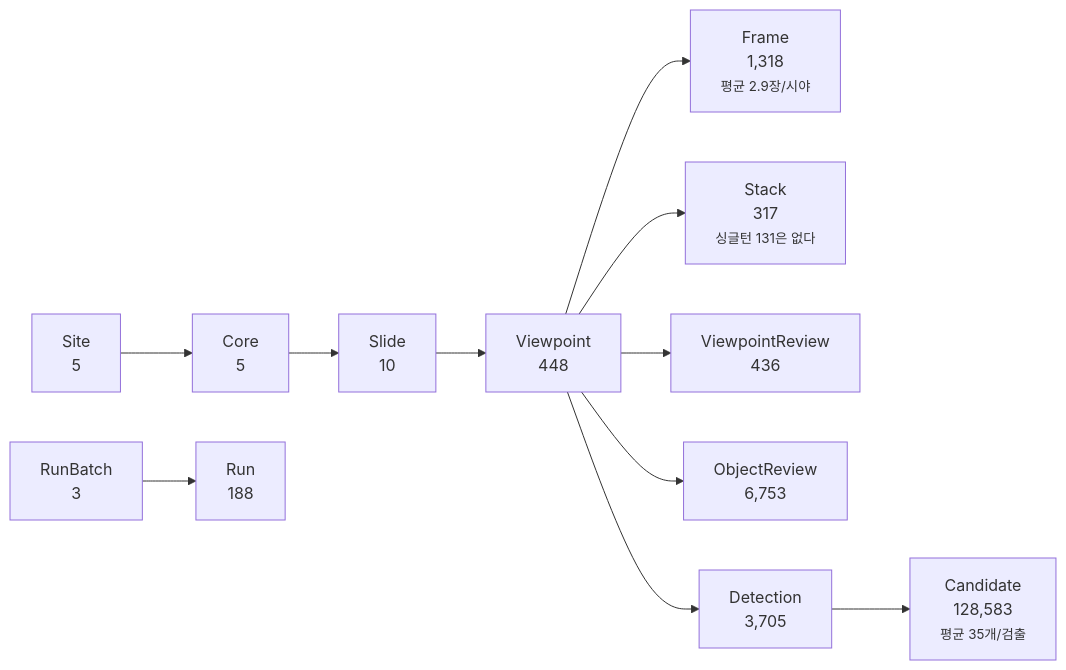
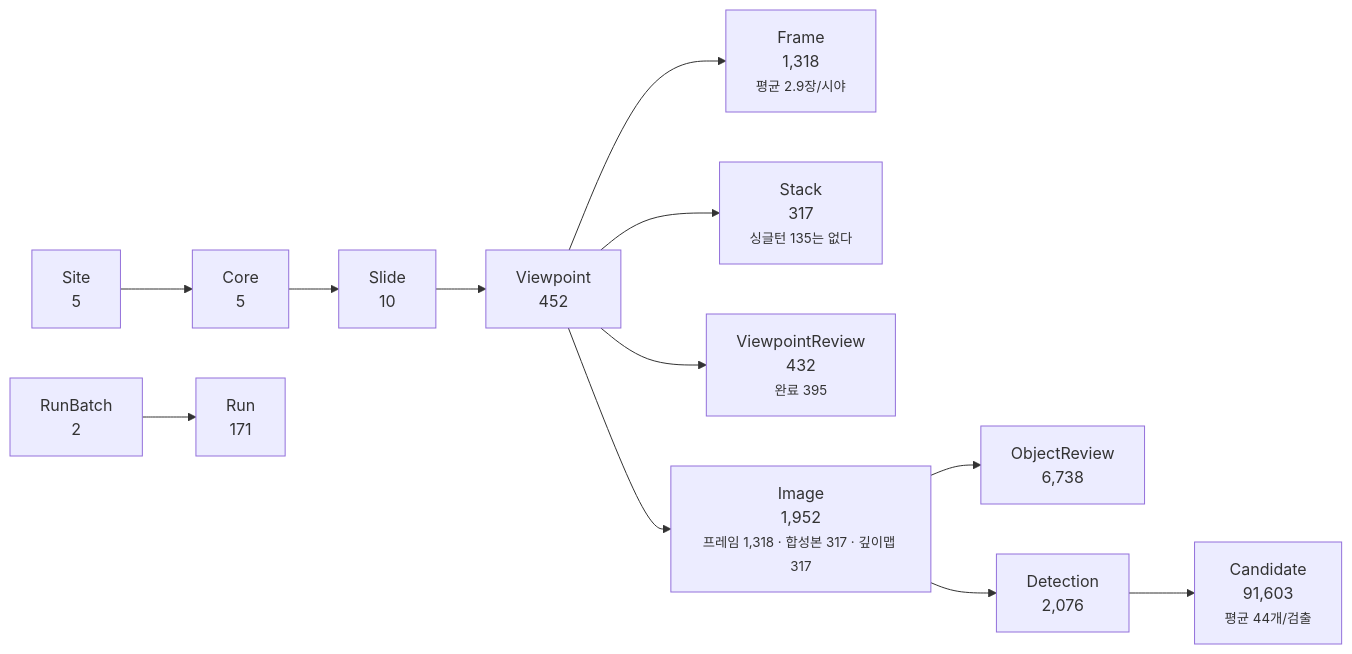
Before and after one commit to jikhanjung/DiaRUGA: the fifth of 5 diagrams in docs/20260804_db-erd.md, drawn with Mermaid. The commit also changed other lines of this file and 23 other files, not shown here.

````diff
--- a/docs/20260804_db-erd.md
+++ b/docs/20260804_db-erd.md
@@ -233,10 +250,11 @@
 ```mermaid
 flowchart LR
-    S["Site<br/>5"] --> C["Core<br/>5"] --> SL["Slide<br/>10"] --> VP["Viewpoint<br/>448"]
+    S["Site<br/>5"] --> C["Core<br/>5"] --> SL["Slide<br/>10"] --> VP["Viewpoint<br/>452"]
     VP --> F["Frame<br/>1,318<br/><small>평균 2.9장/시야</small>"]
-    VP --> ST["Stack<br/>317<br/><small>싱글턴 131은 없다</small>"]
-    VP --> VR["ViewpointReview<br/>436"]
-    VP --> OR["ObjectReview<br/>6,753"]
-    VP --> D["Detection<br/>3,705"] --> CA["Candidate<br/>128,583<br/><small>평균 35개/검출</small>"]
-    RB["RunBatch<br/>3"] --> R["Run<br/>188"]
+    VP --> ST["Stack<br/>317<br/><small>싱글턴 135는 없다</small>"]
+    VP --> VR["ViewpointReview<br/>432<br/><small>완료 395</small>"]
+    VP --> IM["Image<br/>1,952<br/><small>프레임 1,318 · 합성본 317 · 깊이맵 317</small>"]
+    IM --> OR["ObjectReview<br/>6,738"]
+    IM --> D["Detection<br/>2,076"] --> CA["Candidate<br/>91,603<br/><small>평균 44개/검출</small>"]
+    RB["RunBatch<br/>2"] --> R["Run<br/>171"]
 ```
````
